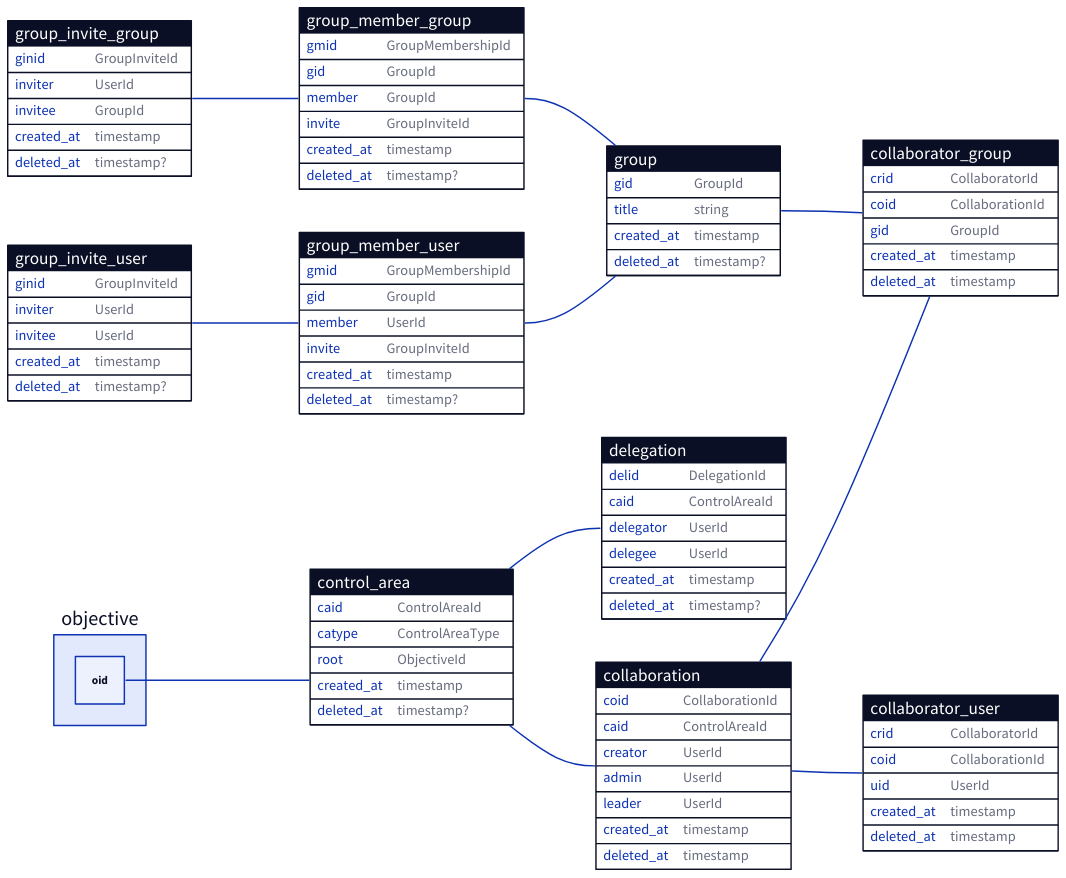
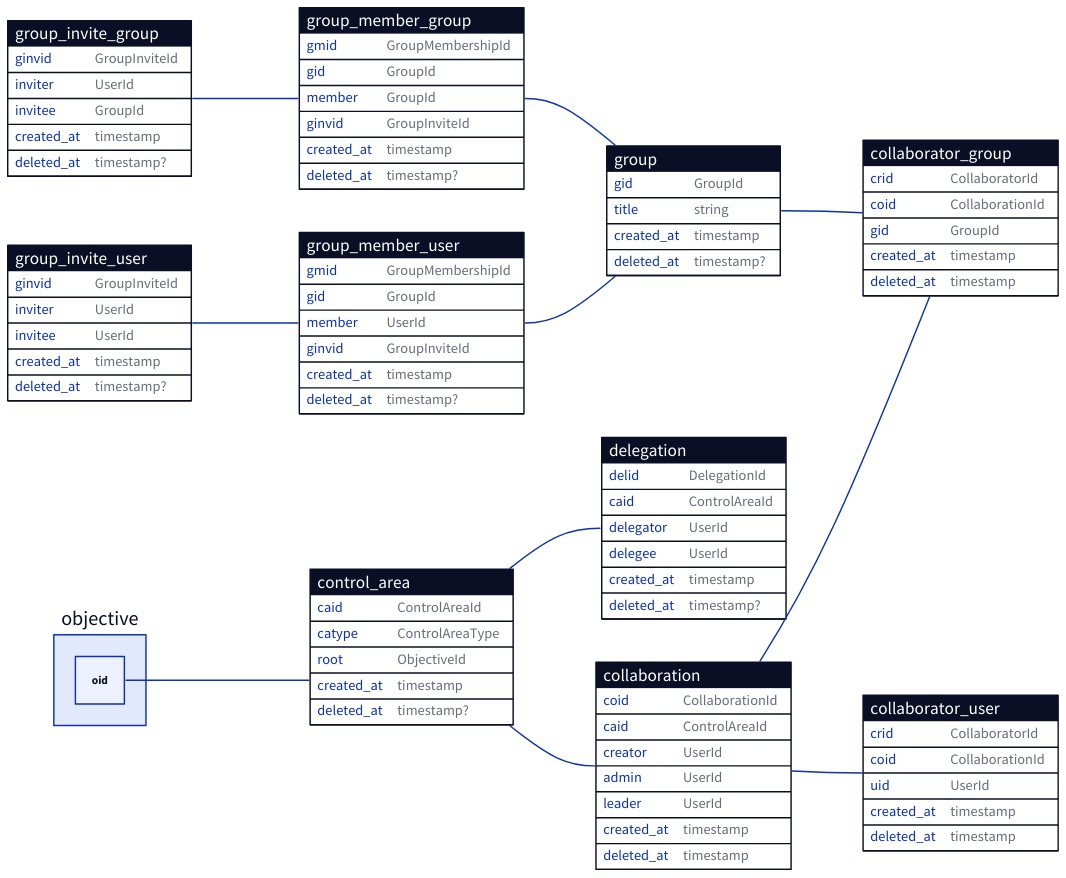
The diagram in docs/database/privileges.d2 (ufukty/logbook), drawn with D2 before and after one commit. The commit also changed 2 other files, not shown here.

Commit message:
docs/database/privileges: renames `invite` and `ginid` to `ginvid` and `GroupInviteId`

```diff
--- a/docs/database/privileges.d2
+++ b/docs/database/privileges.d2
@@ -1,139 +1,139 @@
 direction: right
 
 control_area: {
   shape: sql_table
 
   caid: ControlAreaId
   catype: ControlAreaType
   
   root: ObjectiveId
 
   created_at: timestamp
   deleted_at: timestamp?
 }
 
 collaboration: {
   shape: sql_table
 
   coid: CollaborationId
   caid: ControlAreaId
 
   creator: UserId
   admin: UserId
   leader: UserId
 
   created_at: timestamp
   deleted_at: timestamp
 }
 
 collaborator_group: {
   shape: sql_table
 
   crid: CollaboratorId
   coid: CollaborationId
   gid: GroupId
 
   created_at: timestamp
   deleted_at: timestamp
 }
 
 collaborator_user: {
   shape: sql_table
 
   crid: CollaboratorId
   coid: CollaborationId
   uid: UserId
 
   created_at: timestamp
   deleted_at: timestamp
 }
 
 group: {
   shape: sql_table
   
   gid: GroupId
   title: string
   
   created_at: timestamp
   deleted_at: timestamp?
 }
 
 group_member_user: {
   shape: sql_table
 
   gmid: GroupMembershipId
   
   gid: GroupId
   member: UserId
-  invite: GroupInviteId
+  ginvid: GroupInviteId
   
   created_at: timestamp
   deleted_at: timestamp?
 }
 
 group_member_group: {
   shape: sql_table
 
   gmid: GroupMembershipId
   
   gid: GroupId
   member: GroupId
-  invite: GroupInviteId
+  ginvid: GroupInviteId
   
   created_at: timestamp
   deleted_at: timestamp?
 }
 
 group_invite_group: {
   shape: sql_table
 
-  ginid: GroupInviteId
+  ginvid: GroupInviteId
   
   inviter: UserId
   invitee: GroupId
   
   created_at: timestamp
   deleted_at: timestamp?
 }
 
 group_invite_user: {
   shape: sql_table
 
-  ginid: GroupInviteId
+  ginvid: GroupInviteId
   
   inviter: UserId
   invitee: UserId
   
   created_at: timestamp
   deleted_at: timestamp?
 }
 
 delegation: {
   shape: sql_table
 
   delid: DelegationId
 
   caid: ControlAreaId
 
   delegator: UserId
   delegee: UserId
 
   created_at: timestamp
   deleted_at: timestamp?
 }
 
 objective.oid -- control_area.root
 
 control_area.caid -- delegation.caid
 control_area.caid -- collaboration.caid
 
 collaboration.coid -- collaborator_group.coid
 collaboration.coid -- collaborator_user.coid
 
 group.gid -- collaborator_group.gid
 
 group_member_user.gid -- group.gid
 group_member_group.gid -- group.gid
 
-group_invite_group.ginid -- group_member_group.invite
-group_invite_user.ginid -- group_member_user.invite
+group_invite_group.ginvid -- group_member_group.ginvid
+group_invite_user.ginvid -- group_member_user.ginvid
```
